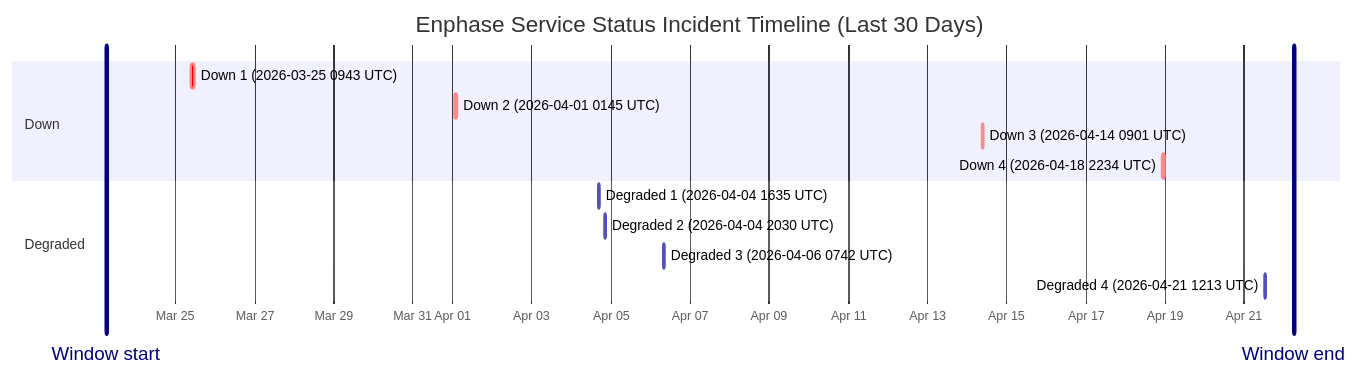
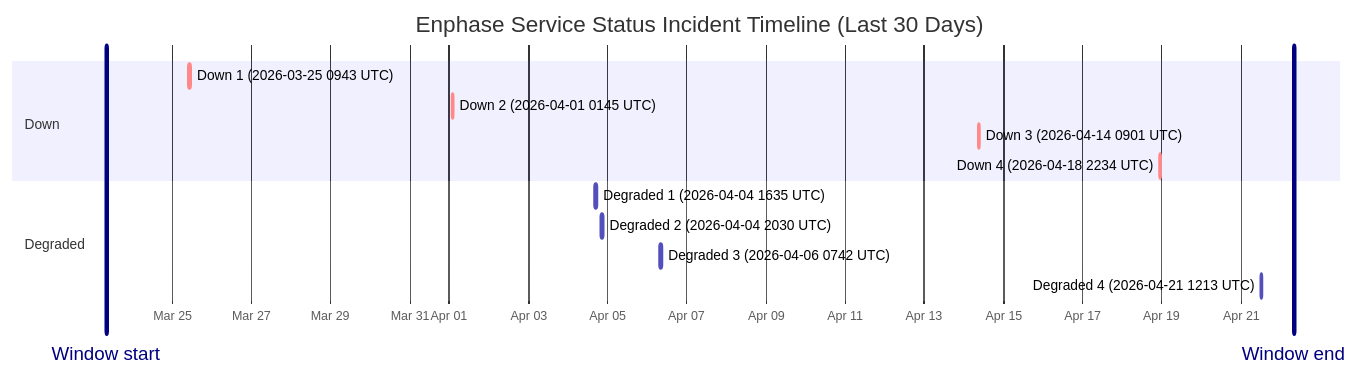
Before and after one commit to barneyonline/ha-enphase-ev-charger: the diagram in wiki/Service-Status-History.md, drawn with Mermaid. The commit also changed other lines of this file and 3 other files, not shown here.

````diff
--- a/wiki/Service-Status-History.md
+++ b/wiki/Service-Status-History.md
@@ -14,18 +14,18 @@
 ```mermaid
 gantt
     title Enphase Service Status Incident Timeline (Last 30 Days)
     dateFormat  YYYY-MM-DDTHH:mm:ss
     axisFormat  %b %d
-    Window start :vert, window-start, 2026-03-23T05:59:01, 0ms
-    Window end :vert, window-end, 2026-04-22T05:59:01, 0ms
+    Window start :vert, window-start, 2026-03-23T08:02:13, 0ms
+    Window end :vert, window-end, 2026-04-22T08:02:13, 0ms
     section Down
     Down 1 (2026-03-25 0943 UTC) :crit, down-1, 2026-03-25T09:43:28, 111m
     Down 2 (2026-04-01 0145 UTC) :crit, down-2, 2026-04-01T01:45:09, 60m
     Down 3 (2026-04-14 0901 UTC) :crit, down-3, 2026-04-14T09:01:13, 60m
     Down 4 (2026-04-18 2234 UTC) :crit, down-4, 2026-04-18T22:34:13, 60m
     section Degraded
     Degraded 1 (2026-04-04 1635 UTC) :active, degraded-1, 2026-04-04T16:35:17, 60m
     Degraded 2 (2026-04-04 2030 UTC) :active, degraded-2, 2026-04-04T20:30:40, 60m
     Degraded 3 (2026-04-06 0742 UTC) :active, degraded-3, 2026-04-06T07:42:09, 85m
     Degraded 4 (2026-04-21 1213 UTC) :active, degraded-4, 2026-04-21T12:13:11, 60m
 ```
````
